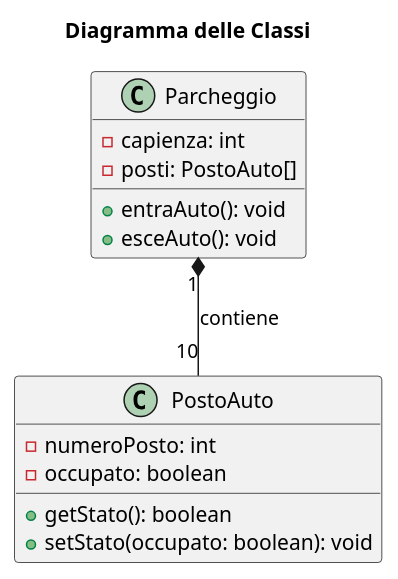
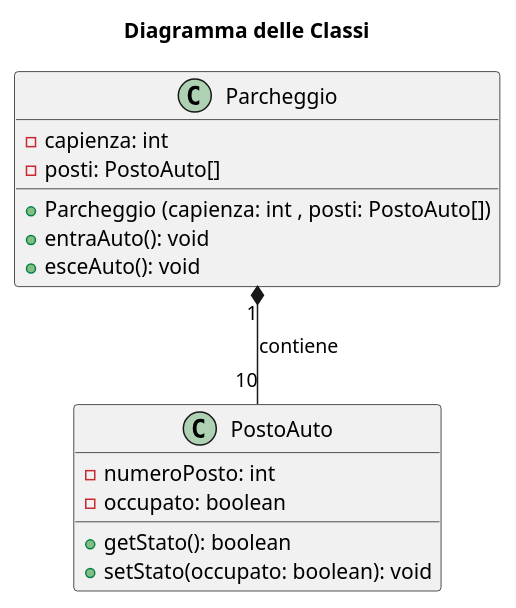
The diagram in Parcheggio/classe.puml (andreadisanto08-pixel/PlantUML), drawn with PlantUML before and after one commit. The commit also changed 1 other file, not shown here.

```diff
--- a/Parcheggio/classe.puml
+++ b/Parcheggio/classe.puml
@@ -1,22 +1,24 @@
 @startuml
 
 title Diagramma delle Classi
 
 class Parcheggio {
     - capienza: int
     - posti: PostoAuto[]
+    + Parcheggio (capienza: int , posti: PostoAuto[])
     + entraAuto(): void
     + esceAuto(): void
 }
 
 class PostoAuto {
     - numeroPosto: int
     - occupato: boolean
+    
     + getStato(): boolean
     + setStato(occupato: boolean): void
 }
 
 Parcheggio "1" *-- "10" PostoAuto : contiene
 
 
 @enduml
```
